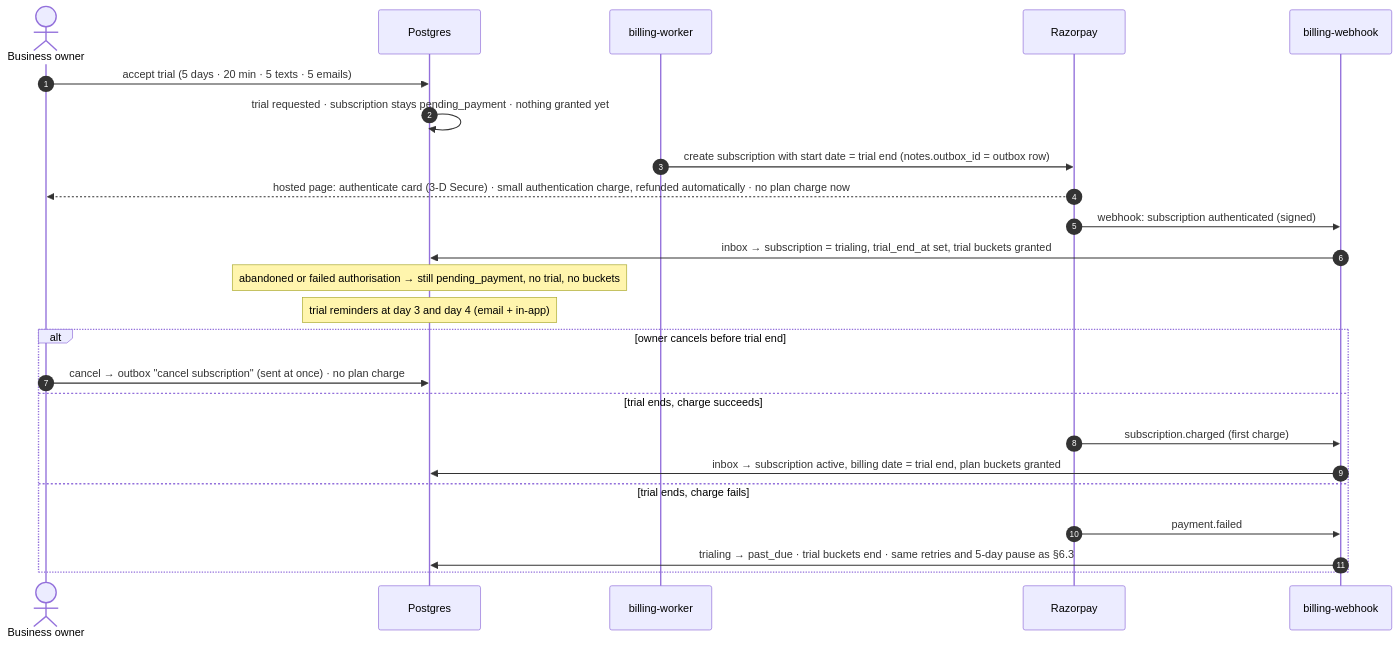
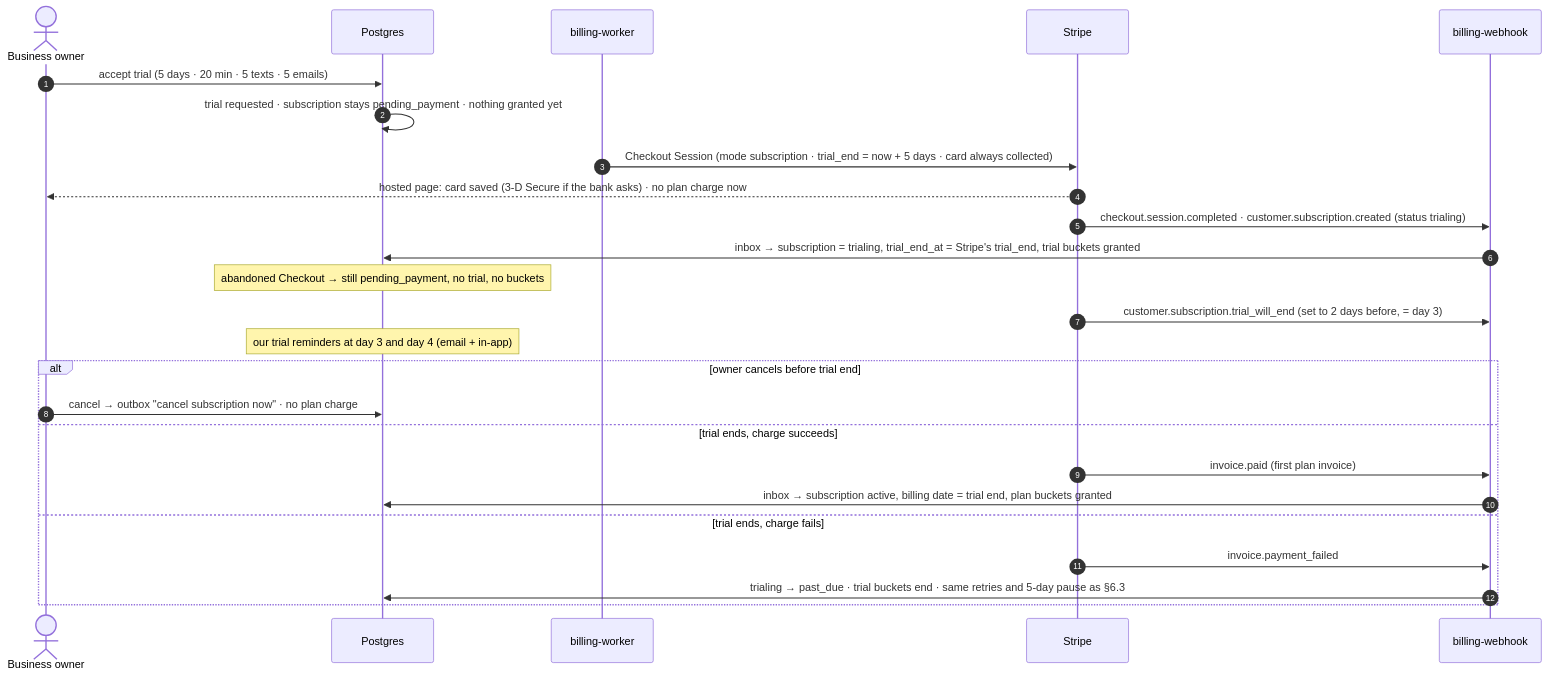
The fifth of 16 diagrams in docs/PAYMENTS_ARCHITECTURE.md (singhdhruv525-source/Zella-AI), drawn with Mermaid before and after one commit. The commit also changed other lines of this file and 3 other files, not shown here.

````diff
--- a/docs/PAYMENTS_ARCHITECTURE.md
+++ b/docs/PAYMENTS_ARCHITECTURE.md
@@ -243,27 +241,28 @@
 ```mermaid
 sequenceDiagram
   autonumber
   actor BO as Business owner
   participant DB as Postgres
   participant WK as billing-worker
-  participant RZ as Razorpay
+  participant RZ as Stripe
   participant WH as billing-webhook
 
   BO->>DB: accept trial (5 days · 20 min · 5 texts · 5 emails)
   DB->>DB: trial requested · subscription stays pending_payment · nothing granted yet
-  WK->>RZ: create subscription with start date = trial end (notes.outbox_id = outbox row)
-  RZ-->>BO: hosted page: authenticate card (3-D Secure) · small authentication charge, refunded automatically · no plan charge now
-  RZ->>WH: webhook: subscription authenticated (signed)
-  WH->>DB: inbox → subscription = trialing, trial_end_at set, trial buckets granted
-  Note over DB: abandoned or failed authorisation → still pending_payment, no trial, no buckets
-  Note over DB: trial reminders at day 3 and day 4 (email + in-app)
+  WK->>RZ: Checkout Session (mode subscription · trial_end = now + 5 days · card always collected)
+  RZ-->>BO: hosted page: card saved (3-D Secure if the bank asks) · no plan charge now
+  RZ->>WH: checkout.session.completed · customer.subscription.created (status trialing)
+  WH->>DB: inbox → subscription = trialing, trial_end_at = Stripe's trial_end, trial buckets granted
+  Note over DB: abandoned Checkout → still pending_payment, no trial, no buckets
+  RZ->>WH: customer.subscription.trial_will_end (set to 2 days before, = day 3)
+  Note over DB: our trial reminders at day 3 and day 4 (email + in-app)
   alt owner cancels before trial end
-    BO->>DB: cancel → outbox "cancel subscription" (sent at once) · no plan charge
+    BO->>DB: cancel → outbox "cancel subscription now" · no plan charge
   else trial ends, charge succeeds
-    RZ->>WH: subscription.charged (first charge)
+    RZ->>WH: invoice.paid (first plan invoice)
     WH->>DB: inbox → subscription active, billing date = trial end, plan buckets granted
   else trial ends, charge fails
-    RZ->>WH: payment.failed
+    RZ->>WH: invoice.payment_failed
     WH->>DB: trialing → past_due · trial buckets end · same retries and 5-day pause as §6.3
   end
 ```
````
